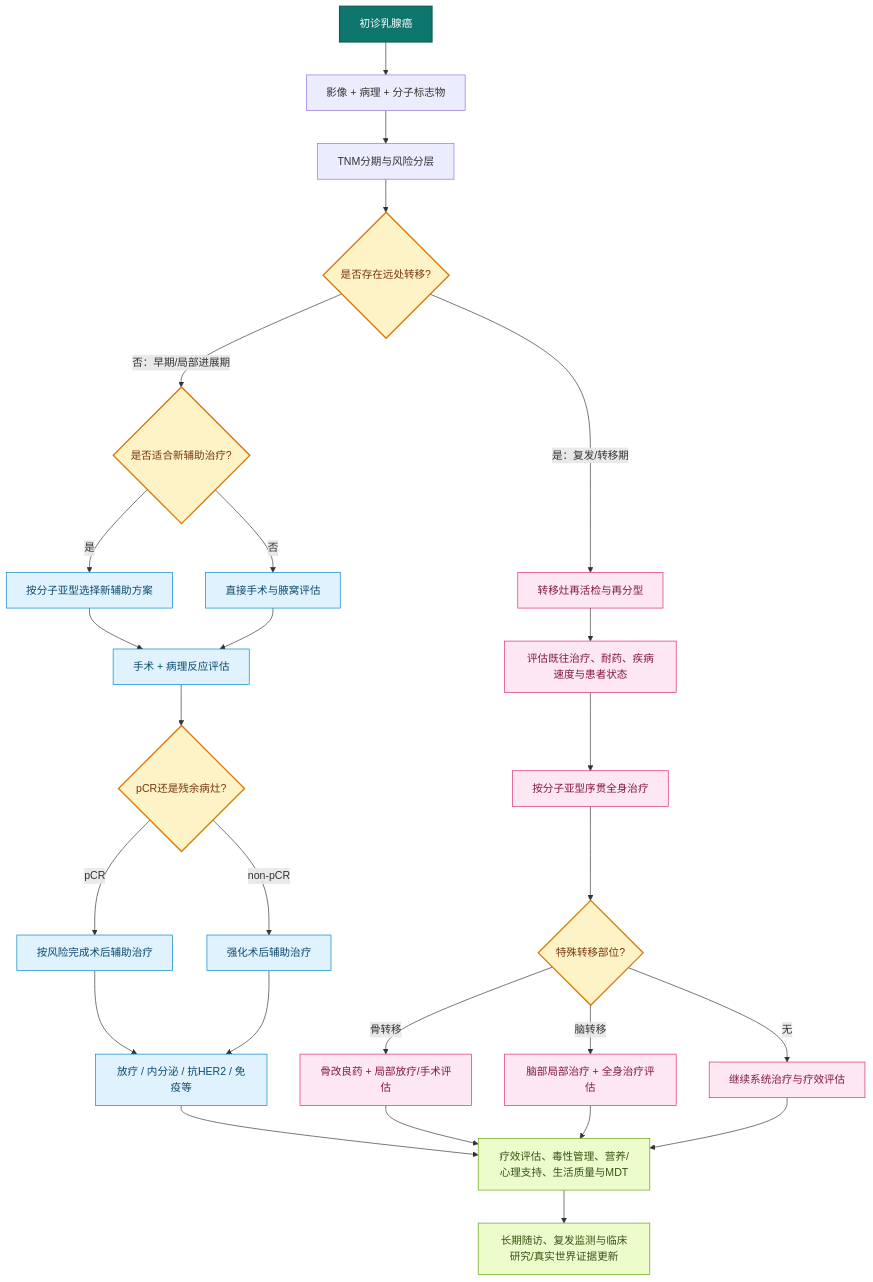
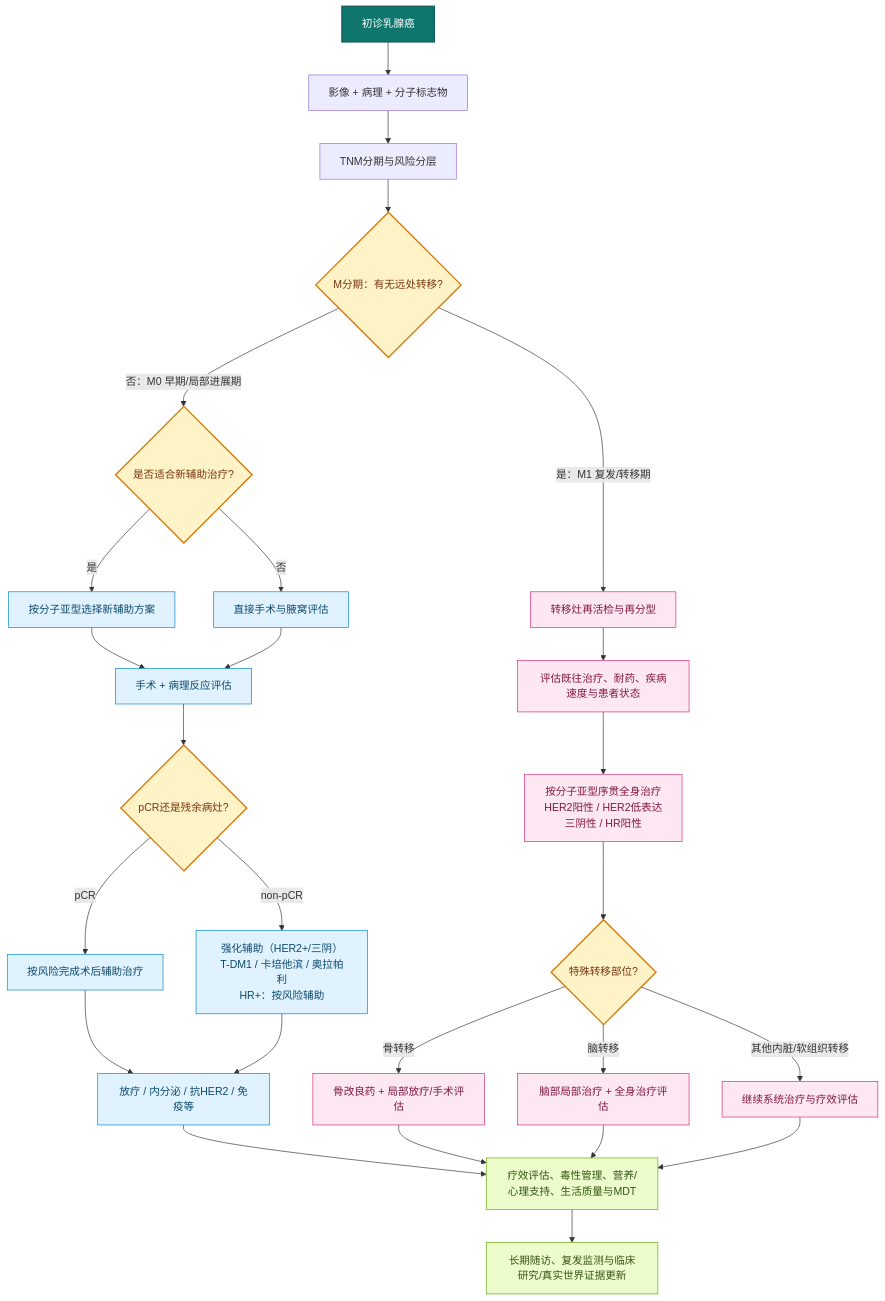
One commit to dongjb741280/breast-cancer changed the diagram in diagrams/breast-cancer-treatment-decision-chain.mmd. Above: the diagram before and after it, drawn with Mermaid. The commit also changed 3 other files, not shown here.

First line of the commit message:
Fix decision-chain diagram accuracy

```diff
--- a/diagrams/breast-cancer-treatment-decision-chain.mmd
+++ b/diagrams/breast-cancer-treatment-decision-chain.mmd
@@ -1,41 +1,42 @@
 %% 乳腺癌诊疗决策链（高层结构图）
+%% 范围：常见乳腺癌主线；未含年轻乳腺癌、男性乳腺癌及恶性叶状肿瘤（见指南第八/九/十章）
 graph TD
     A[初诊乳腺癌] --> B[影像 + 病理 + 分子标志物]
     B --> C[TNM分期与风险分层]
-    C --> D{是否存在远处转移?}
+    C --> D{M分期：有无远处转移?}
 
-    D -->|否：早期/局部进展期| E{是否适合新辅助治疗?}
+    D -->|否：M0 早期/局部进展期| E{是否适合新辅助治疗?}
     E -->|是| F[按分子亚型选择新辅助方案]
     E -->|否| G[直接手术与腋窝评估]
     F --> H[手术 + 病理反应评估]
     G --> H
     H --> I{pCR还是残余病灶?}
     I -->|pCR| J[按风险完成术后辅助治疗]
-    I -->|non-pCR| K[强化术后辅助治疗]
+    I -->|non-pCR| K[强化辅助（HER2+/三阴）<br/>T-DM1 / 卡培他滨 / 奥拉帕利<br/>HR+：按风险辅助]
     J --> L[放疗 / 内分泌 / 抗HER2 / 免疫等]
     K --> L
 
-    D -->|是：复发/转移期| M[转移灶再活检与再分型]
+    D -->|是：M1 复发/转移期| M[转移灶再活检与再分型]
     M --> N[评估既往治疗、耐药、疾病速度与患者状态]
-    N --> O[按分子亚型序贯全身治疗]
+    N --> O[按分子亚型序贯全身治疗<br/>HER2阳性 / HER2低表达<br/>三阴性 / HR阳性]
     O --> P{特殊转移部位?}
     P -->|骨转移| Q[骨改良药 + 局部放疗/手术评估]
     P -->|脑转移| R[脑部局部治疗 + 全身治疗评估]
-    P -->|无| S[继续系统治疗与疗效评估]
+    P -->|其他内脏/软组织转移| S[继续系统治疗与疗效评估]
 
     L --> T[疗效评估、毒性管理、营养/心理支持、生活质量与MDT]
     Q --> T
     R --> T
     S --> T
     T --> U[长期随访、复发监测与临床研究/真实世界证据更新]
 
     classDef start fill:#0f766e,stroke:#115e59,color:#fff,stroke-width:2px;
     classDef decision fill:#fef3c7,stroke:#d97706,color:#78350f,stroke-width:2px;
     classDef early fill:#e0f2fe,stroke:#0284c7,color:#0c4a6e;
     classDef advanced fill:#fce7f3,stroke:#db2777,color:#831843;
     classDef support fill:#ecfccb,stroke:#65a30d,color:#365314;
     class A start;
     class D,E,I,P decision;
     class F,G,H,J,K,L early;
     class M,N,O,Q,R,S advanced;
     class T,U support;
```
